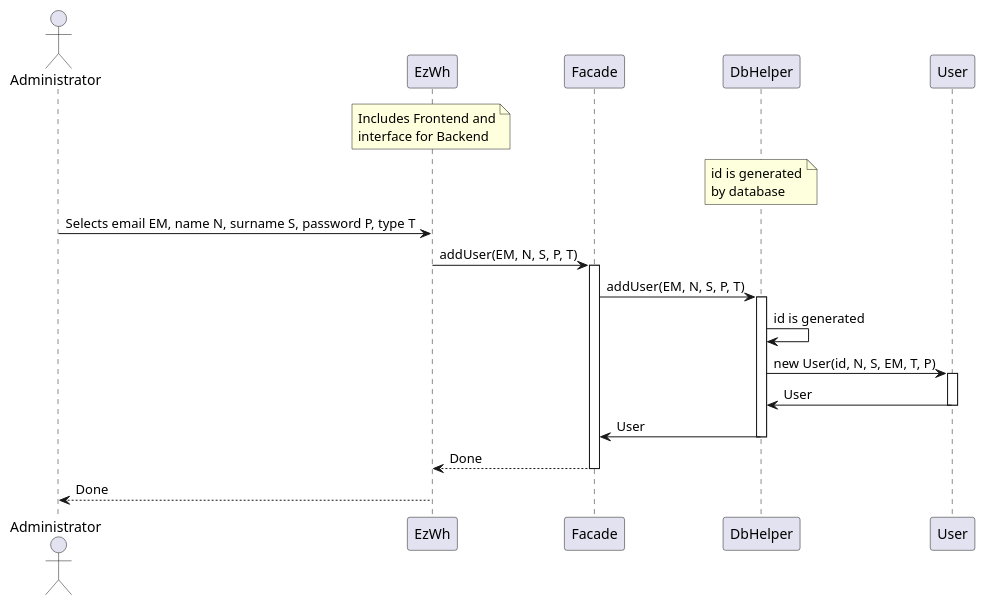
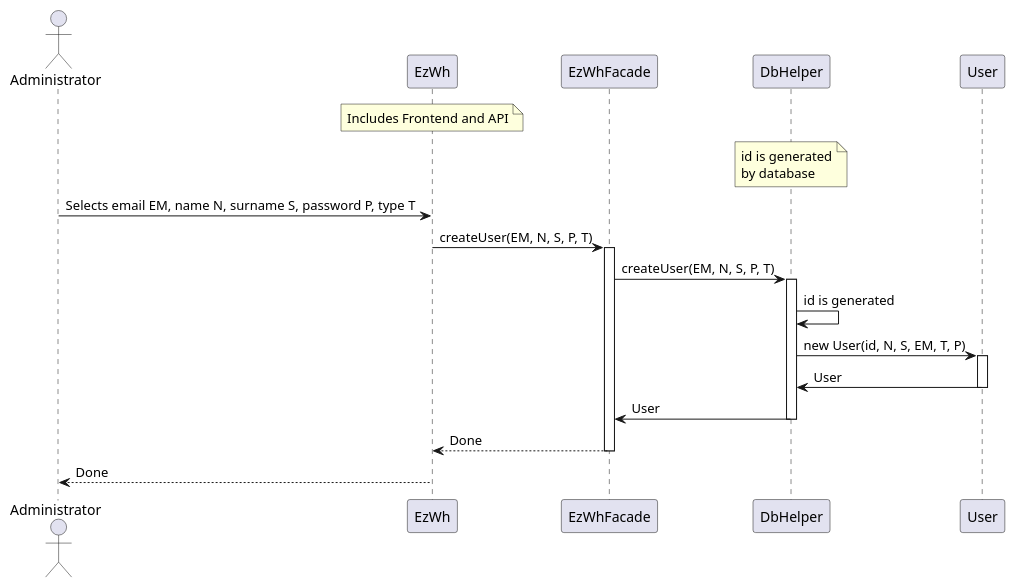
The seventh of 12 diagrams in DesignDocument.md (giuseppe-dandrea/EzWh), drawn with PlantUML before and after one commit. The commit also changed other lines of this file and 1 other file, not shown here.

Commit message:
Added low_level_design_diagram.svg. Changed some terms for consistency.

````diff
--- a/DesignDocument.md
+++ b/DesignDocument.md
@@ -685,25 +689,25 @@
 ```plantuml
 actor Administrator
 participant EzWh
-note over EzWh: Includes Frontend and\ninterface for Backend
-participant Facade
+note over EzWh: Includes Frontend and API
+participant EzWhFacade
 participant DbHelper
 note over DbHelper: id is generated\nby database
 participant User
 
 Administrator -> EzWh: Selects email EM, name N, surname S, password P, type T
-EzWh -> Facade: addUser(EM, N, S, P, T)
-activate Facade
-Facade -> DbHelper: addUser(EM, N, S, P, T)
+EzWh -> EzWhFacade: createUser(EM, N, S, P, T)
+activate EzWhFacade
+EzWhFacade -> DbHelper: createUser(EM, N, S, P, T)
 activate DbHelper
 DbHelper -> DbHelper: id is generated
 DbHelper -> User: new User(id, N, S, EM, T, P)
 activate User
 User -> DbHelper: User
 deactivate User
-DbHelper -> Facade: User
+DbHelper -> EzWhFacade: User
 deactivate DbHelper
-Facade --> EzWh: Done
-deactivate Facade
+EzWhFacade --> EzWh: Done
+deactivate EzWhFacade
 EzWh --> Administrator: Done
 ```
````
